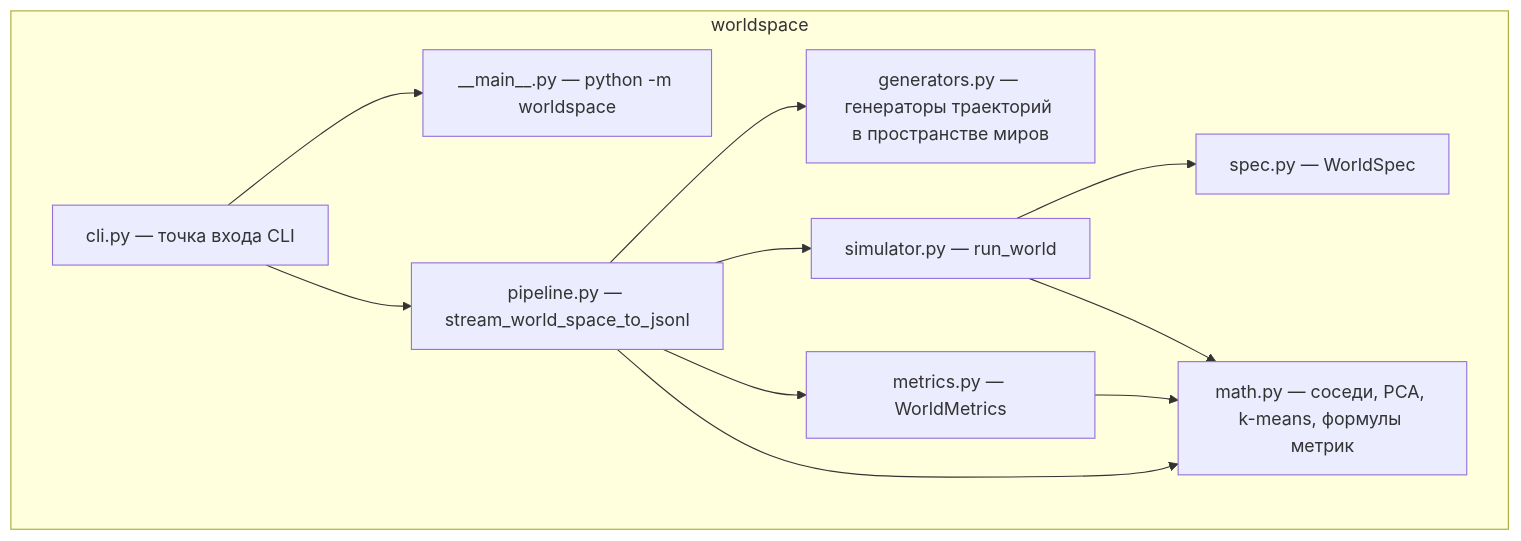
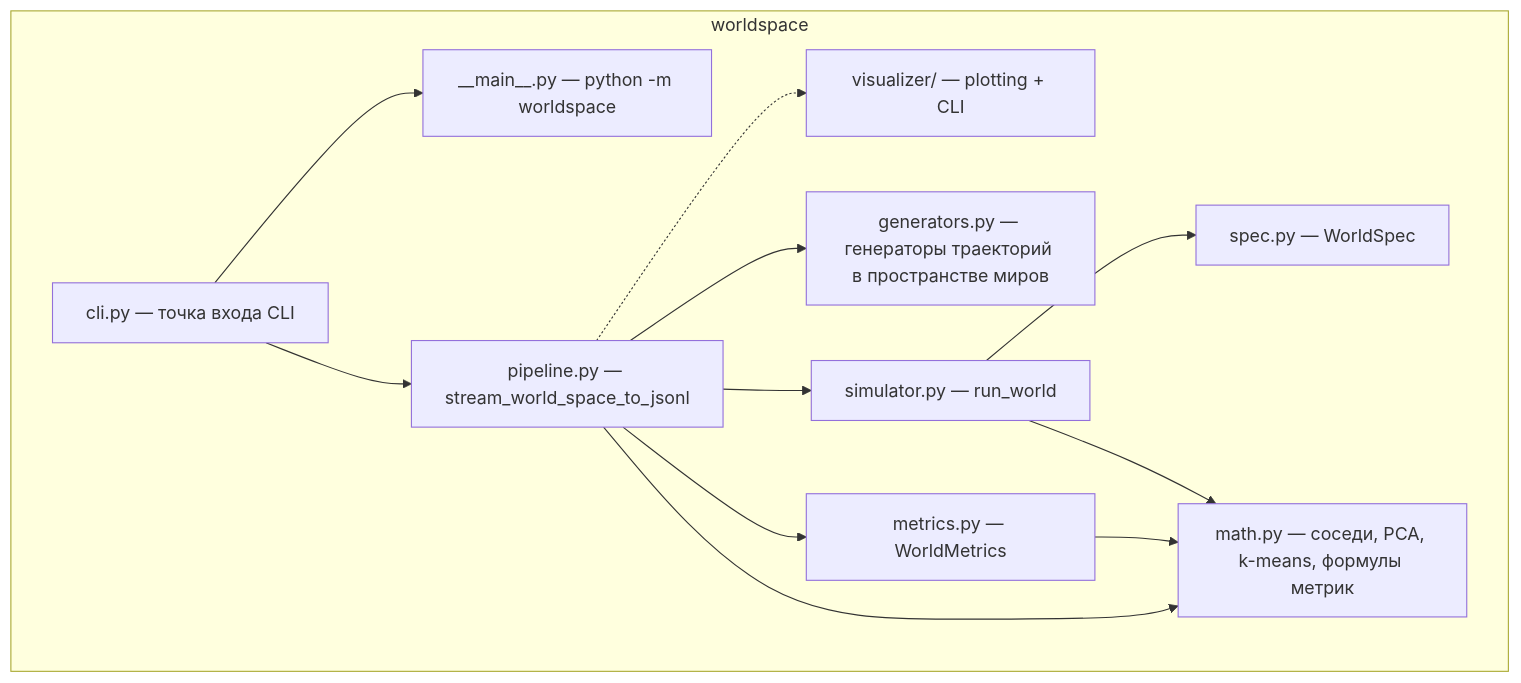
One commit to Starovoitov/LifeManifold changed the second of 8 diagrams in docs/WORLDSPACE.md. Above: the diagram before and after it, drawn with Mermaid. The commit also changed other lines of this file and 12 other files, not shown here.

````diff
--- a/docs/WORLDSPACE.md
+++ b/docs/WORLDSPACE.md
@@ -47,22 +47,24 @@
 ```mermaid
 flowchart TB
   subgraph pkg["worldspace"]
     spec["spec.py — WorldSpec"]
     gen["generators.py — генераторы траекторий в пространстве миров"]
     wmath["math.py — соседи, PCA, k-means, формулы метрик"]
     sim["simulator.py — run_world"]
     met["metrics.py — WorldMetrics"]
     pipe["pipeline.py — stream_world_space_to_jsonl"]
+    viz["visualizer/ — plotting + CLI"]
     cli["cli.py — точка входа CLI"]
     main["__main__.py — python -m worldspace"]
   end
   cli --> main
   cli --> pipe
+  pipe -.-> viz
   pipe --> gen
   pipe --> sim
   pipe --> met
   sim --> wmath
   met --> wmath
   pipe --> wmath
   sim --> spec
 ```
````
